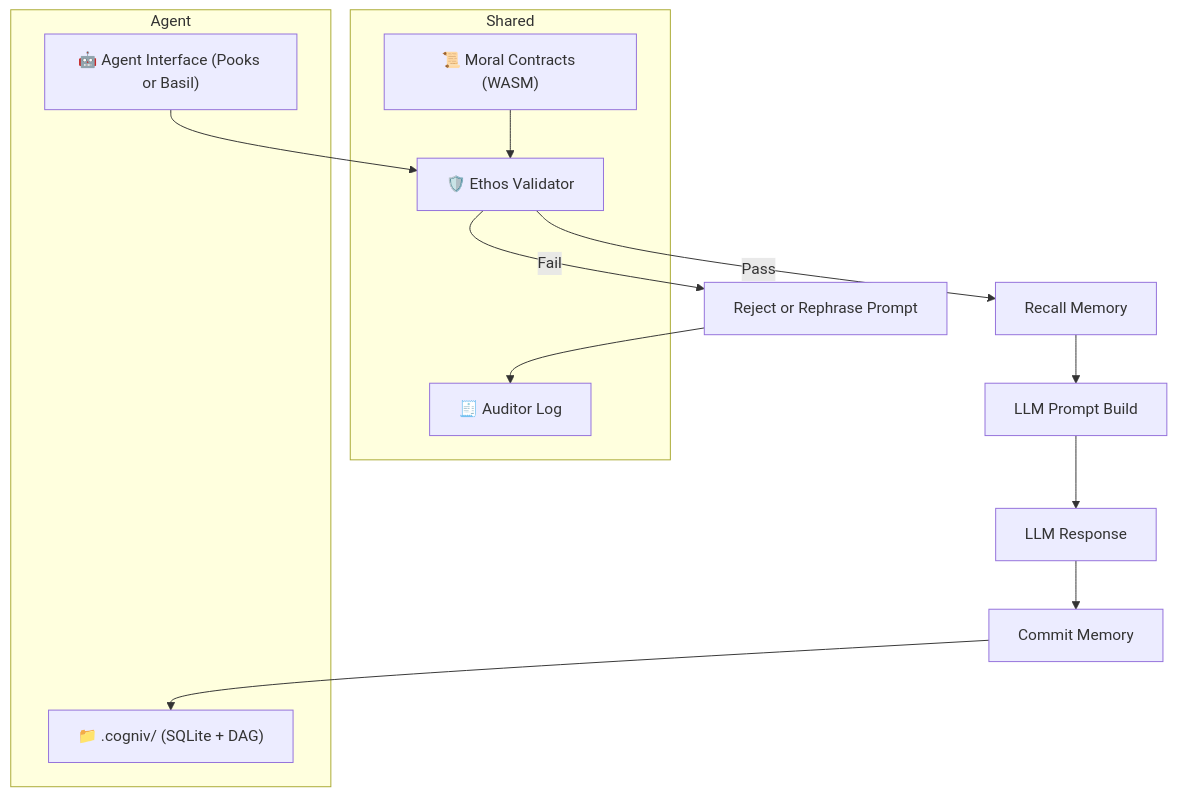
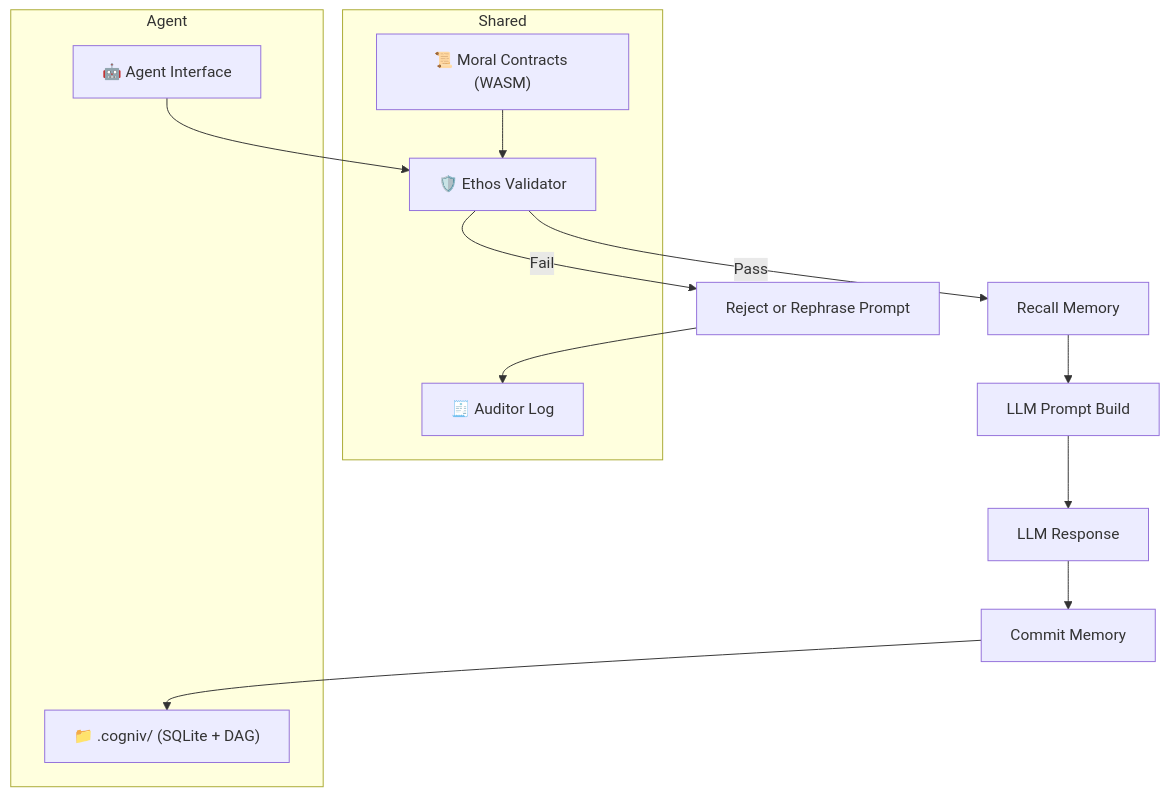
The diagram in README.md (snufkinwa/synaptik-core), drawn with Mermaid before and after one commit. The commit also changed other lines of this file and 15 other files, not shown here.

````diff
--- a/README.md
+++ b/README.md
@@ -23,19 +23,19 @@
 ```mermaid
 graph TD
     subgraph Shared
         Audit["🧾 Auditor Log"]
         Contracts["📜 Moral Contracts (WASM)"]
         Contracts --> EthosValidator["🛡️ Ethos Validator"]
     end
 
     subgraph Agent
-        AgentInterface["🤖 Agent Interface (Pooks or Basil)"]
+        AgentInterface["🤖 Agent Interface"]
         LocalMem["📁 .cogniv/ (SQLite + DAG)"]
     end
 
     AgentInterface --> EthosValidator
     EthosValidator -->|Fail| Reject["Reject or Rephrase Prompt"] --> Audit
     EthosValidator -->|Pass| Recall["Recall Memory"] --> Prompt["LLM Prompt Build"]
     Prompt --> Gen["LLM Response"]
     Gen --> Commit["Commit Memory"] --> LocalMem
 ```
````
